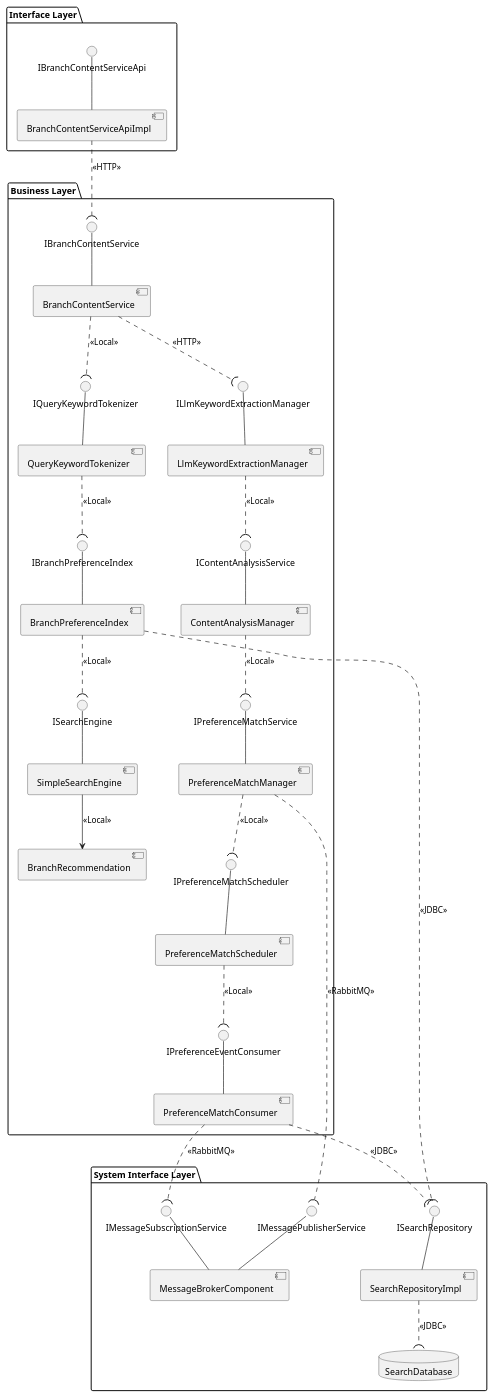
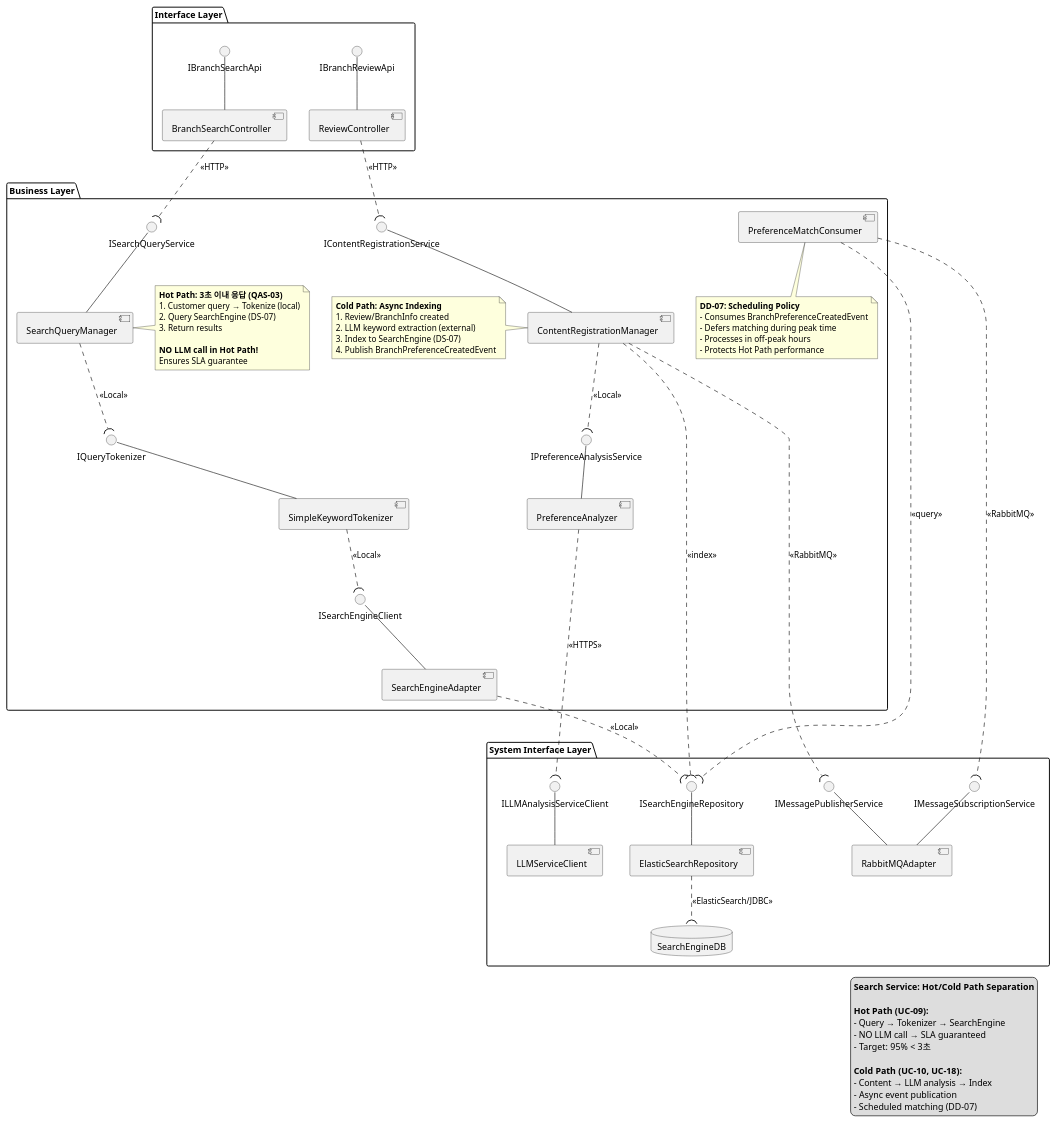
The diagram in ComponentDiagram/03_BranchContentServiceComponent.puml (yoon2eyo/GITHUB), drawn with PlantUML before and after one commit. The commit also changed 249 other files, not shown here.

```diff
--- a/ComponentDiagram/03_BranchContentServiceComponent.puml
+++ b/ComponentDiagram/03_BranchContentServiceComponent.puml
@@ -1,83 +1,125 @@
 @startuml BranchContentServiceComponent
-' BranchContentService_component.puml (DD-06: Hot/Cold Path 통합)
+' BranchContentService_component.puml (DD-06, DD-09: Hot/Cold Path Separation)
+' Tactic: Pipe and Filter, Event Based, Scheduling Policy
 
 package "Interface Layer" {
-  interface IBranchContentServiceApi
-  component BranchContentServiceApiImpl
-  IBranchContentServiceApi -- BranchContentServiceApiImpl
+  interface IBranchSearchApi
+  interface IBranchReviewApi
+  
+  component BranchSearchController
+  component ReviewController
+  
+  IBranchSearchApi -- BranchSearchController
+  IBranchReviewApi -- ReviewController
 }
 
 package "Business Layer" {
-  interface IQueryKeywordTokenizer
-  interface ISearchEngine
-  interface IBranchPreferenceIndex
-  interface IBranchContentService
-  interface ILlmKeywordExtractionManager
-  interface IContentAnalysisService
-  interface IPreferenceMatchService
-  interface IPreferenceMatchScheduler
-  interface IPreferenceEventConsumer
+  ' Hot Path: Real-time Search (UC-09)
+  interface ISearchQueryService
+  interface IQueryTokenizer
+  interface ISearchEngineClient
   
-  component QueryKeywordTokenizer
-  component SimpleSearchEngine
-  component BranchPreferenceIndex
-  component BranchContentService
-  component LlmKeywordExtractionManager
-  component ContentAnalysisManager
-  component PreferenceMatchManager
-  component PreferenceMatchScheduler
+  component SearchQueryManager
+  component SimpleKeywordTokenizer
+  component SearchEngineAdapter
+  
+  ISearchQueryService -- SearchQueryManager
+  IQueryTokenizer -- SimpleKeywordTokenizer
+  ISearchEngineClient -- SearchEngineAdapter
+  
+  ' Cold Path: Content Registration & Indexing (UC-10, UC-18)
+  interface IContentRegistrationService
+  interface IPreferenceAnalysisService
+  
+  component ContentRegistrationManager
+  component PreferenceAnalyzer
   component PreferenceMatchConsumer
-  component BranchRecommendation
   
-  ' Interface - Component connections
-  IQueryKeywordTokenizer -- QueryKeywordTokenizer
-  ISearchEngine -- SimpleSearchEngine
-  IBranchPreferenceIndex -- BranchPreferenceIndex
-  IBranchContentService -- BranchContentService
-  ILlmKeywordExtractionManager -- LlmKeywordExtractionManager
-  IContentAnalysisService -- ContentAnalysisManager
-  IPreferenceMatchService -- PreferenceMatchManager
-  IPreferenceMatchScheduler -- PreferenceMatchScheduler
-  IPreferenceEventConsumer -- PreferenceMatchConsumer
+  IContentRegistrationService -- ContentRegistrationManager
+  IPreferenceAnalysisService -- PreferenceAnalyzer
   
-  ' Hot Path: Search operations (BranchContentService -> SearchEngine)
-  BranchContentService ..( IQueryKeywordTokenizer : <<Local>>
-  QueryKeywordTokenizer ..( IBranchPreferenceIndex : <<Local>>
-  BranchPreferenceIndex ..( ISearchEngine : <<Local>>
-  SimpleSearchEngine --> BranchRecommendation : <<Local>>
+  ' Hot Path Flow (DD-06, DD-09 Approach 3)
+  SearchQueryManager ..( IQueryTokenizer : <<Local>>
+  SimpleKeywordTokenizer ..( ISearchEngineClient : <<Local>>
   
-  ' Cold Path: Content registration (BranchContentService -> LLM)
-  BranchContentService ..( ILlmKeywordExtractionManager : <<HTTP>>
-  LlmKeywordExtractionManager ..( IContentAnalysisService : <<Local>>
-  ContentAnalysisManager ..( IPreferenceMatchService : <<Local>>
-  PreferenceMatchManager ..( IPreferenceMatchScheduler : <<Local>>
-  PreferenceMatchScheduler ..( IPreferenceEventConsumer : <<Local>>
+  note right of SearchQueryManager
+    **Hot Path: 3초 이내 응답 (QAS-03)**
+    1. Customer query → Tokenize (local)
+    2. Query SearchEngine (DS-07)
+    3. Return results
+    
+    **NO LLM call in Hot Path!**
+    Ensures SLA guarantee
+  end note
+  
+  ' Cold Path Flow (DD-06)
+  ContentRegistrationManager ..( IPreferenceAnalysisService : <<Local>>
+  
+  note left of ContentRegistrationManager
+    **Cold Path: Async Indexing**
+    1. Review/BranchInfo created
+    2. LLM keyword extraction (external)
+    3. Index to SearchEngine (DS-07)
+    4. Publish BranchPreferenceCreatedEvent
+  end note
+  
+  note bottom of PreferenceMatchConsumer
+    **DD-07: Scheduling Policy**
+    - Consumes BranchPreferenceCreatedEvent
+    - Defers matching during peak time
+    - Processes in off-peak hours
+    - Protects Hot Path performance
+  end note
 }
 
 package "System Interface Layer" {
+  interface ISearchEngineRepository
+  interface ILLMAnalysisServiceClient
   interface IMessagePublisherService
   interface IMessageSubscriptionService
-  interface ISearchRepository
   
-  component MessageBrokerComponent
-  component SearchRepositoryImpl
-  database SearchDatabase
+  component ElasticSearchRepository
+  component LLMServiceClient
+  component RabbitMQAdapter
   
-  IMessagePublisherService -- MessageBrokerComponent
-  IMessageSubscriptionService -- MessageBrokerComponent
-  ISearchRepository -- SearchRepositoryImpl
-  SearchRepositoryImpl ..( SearchDatabase : <<JDBC>>
+  database SearchEngineDB
+  
+  ISearchEngineRepository -- ElasticSearchRepository
+  ILLMAnalysisServiceClient -- LLMServiceClient
+  IMessagePublisherService -- RabbitMQAdapter
+  IMessageSubscriptionService -- RabbitMQAdapter
+  
+  ElasticSearchRepository ..( SearchEngineDB : <<ElasticSearch/JDBC>>
 }
 
-' External connections
-BranchContentServiceApiImpl ..( IBranchContentService : <<HTTP>>
+' Package external connections (Interface Layer → Business Layer)
+BranchSearchController ..( ISearchQueryService : <<HTTP>>
+ReviewController ..( IContentRegistrationService : <<HTTP>>
 
-' Hot Path external connections
-BranchPreferenceIndex ..( ISearchRepository : <<JDBC>>
+' Business Layer → System Interface Layer
 
-' Cold Path external connections
-PreferenceMatchManager ..( IMessagePublisherService : <<RabbitMQ>>
+' Hot Path: No external dependencies!
+SearchEngineAdapter ..( ISearchEngineRepository : <<Local>>
+
+' Cold Path: External LLM + Message Broker
+PreferenceAnalyzer ..( ILLMAnalysisServiceClient : <<HTTPS>>
+ContentRegistrationManager ..( ISearchEngineRepository : <<index>>
+ContentRegistrationManager ..( IMessagePublisherService : <<RabbitMQ>>
 PreferenceMatchConsumer ..( IMessageSubscriptionService : <<RabbitMQ>>
-PreferenceMatchConsumer ..( ISearchRepository : <<JDBC>>
+PreferenceMatchConsumer ..( ISearchEngineRepository : <<query>>
+
+legend right
+  **Search Service: Hot/Cold Path Separation**
+  
+  **Hot Path (UC-09):**
+  - Query → Tokenizer → SearchEngine
+  - NO LLM call → SLA guaranteed
+  - Target: 95% < 3초
+  
+  **Cold Path (UC-10, UC-18):**
+  - Content → LLM analysis → Index
+  - Async event publication
+  - Scheduled matching (DD-07)
+end legend
 
 @enduml
```
